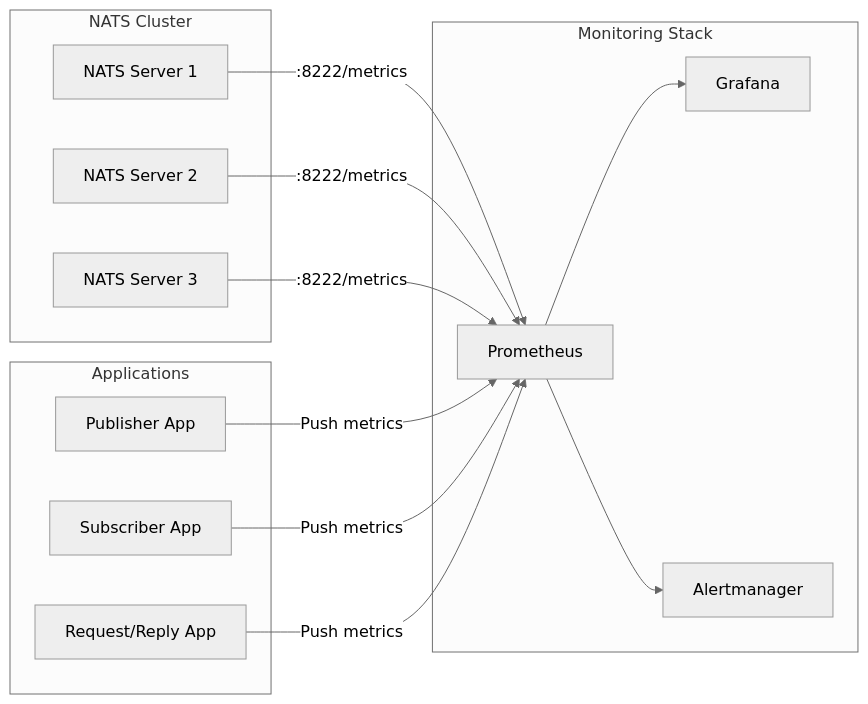
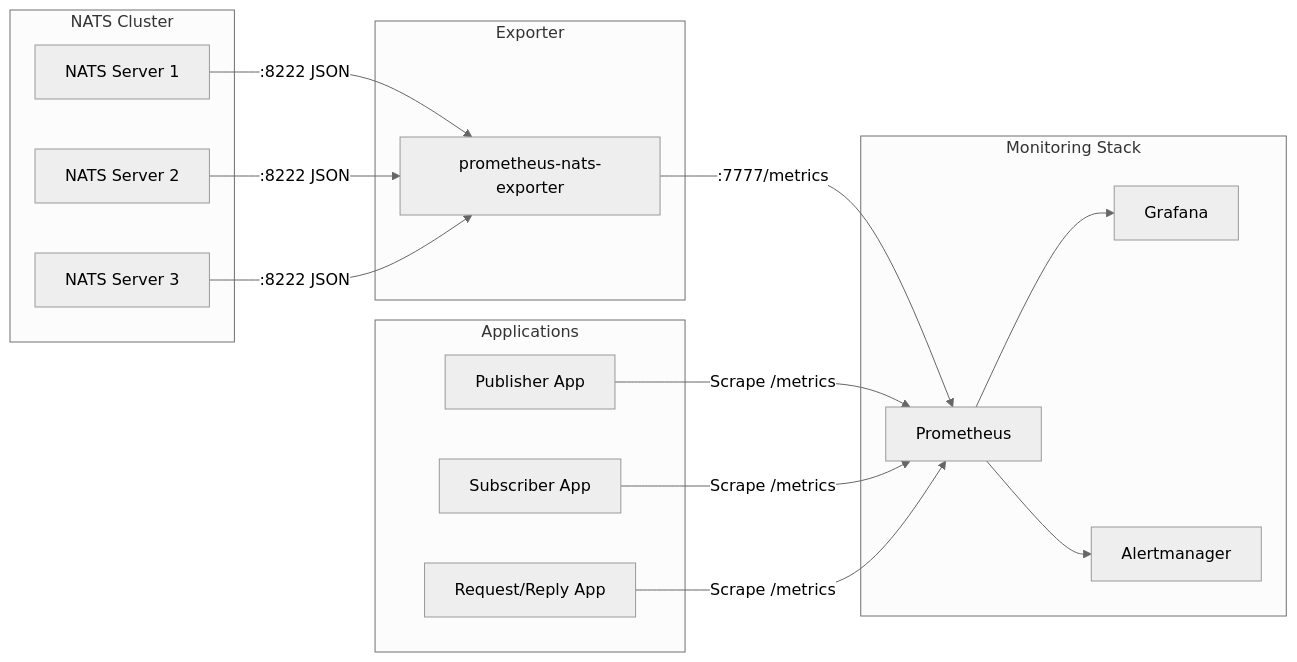
Before and after one commit to OneUptime/blog: the first of 4 diagrams in posts/2026-02-02-nats-prometheus/README.md, drawn with Mermaid (neutral theme). The commit also changed other lines of this file and 2 other files, not shown here.

Commit message:
validate: 2026-02-02-nats-prometheus

````diff
--- a/posts/2026-02-02-nats-prometheus/README.md
+++ b/posts/2026-02-02-nats-prometheus/README.md
@@ -21,31 +21,37 @@
 ```mermaid
 flowchart LR
     subgraph NATS Cluster
         N1[NATS Server 1]
         N2[NATS Server 2]
         N3[NATS Server 3]
+    end
+
+    subgraph Exporter
+        E[prometheus-nats-exporter]
     end
 
     subgraph Monitoring Stack
         P[Prometheus]
         G[Grafana]
         AM[Alertmanager]
     end
 
     subgraph Applications
         A1[Publisher App]
         A2[Subscriber App]
         A3[Request/Reply App]
     end
 
-    N1 -->|:8222/metrics| P
-    N2 -->|:8222/metrics| P
-    N3 -->|:8222/metrics| P
+    N1 -->|:8222 JSON| E
+    N2 -->|:8222 JSON| E
+    N3 -->|:8222 JSON| E
 
-    A1 -->|Push metrics| P
-    A2 -->|Push metrics| P
-    A3 -->|Push metrics| P
+    E -->|:7777/metrics| P
+
+    A1 -->|Scrape /metrics| P
+    A2 -->|Scrape /metrics| P
+    A3 -->|Scrape /metrics| P
 
     P --> G
     P --> AM
 ```
````
